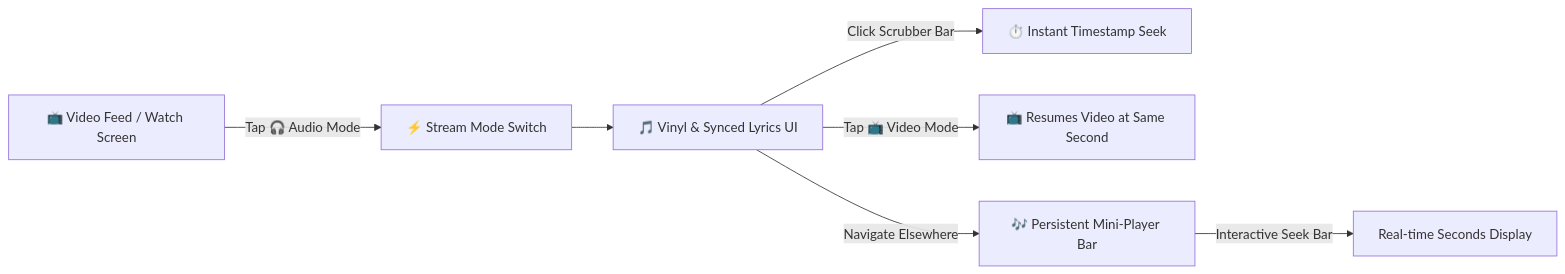
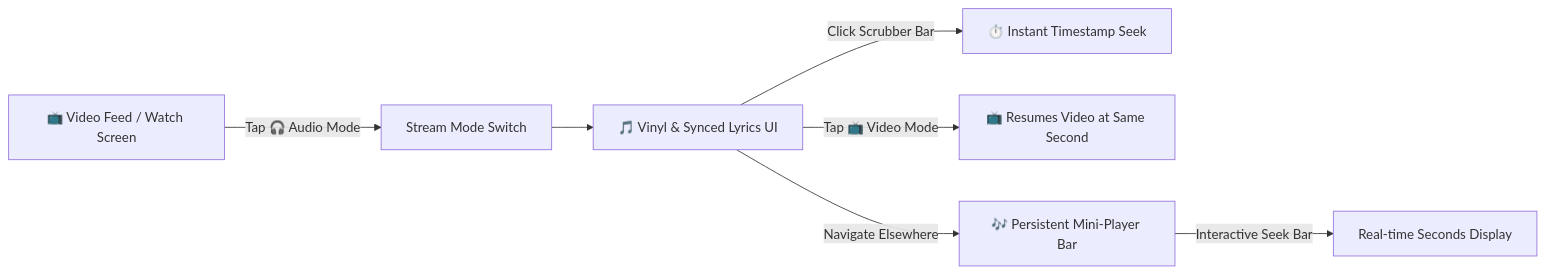
The diagram in README.md (ashokkumarone/Flux), drawn with Mermaid before and after one commit. The commit also changed other lines of this file, not shown here.

Commit message:
docs: remove thunder emoji, keep clean Flux brand title

````diff
--- a/README.md
+++ b/README.md
@@ -51,9 +51,9 @@
 ```mermaid
 flowchart LR
-    A["📺 Video Feed / Watch Screen"] -->|"Tap 🎧 Audio Mode"| B["⚡ Stream Mode Switch"]
+    A["📺 Video Feed / Watch Screen"] -->|"Tap 🎧 Audio Mode"| B["Stream Mode Switch"]
     B --> C["🎵 Vinyl & Synced Lyrics UI"]
     C -->|"Click Scrubber Bar"| D["⏱️ Instant Timestamp Seek"]
     C -->|"Tap 📺 Video Mode"| E["📺 Resumes Video at Same Second"]
     C -->|"Navigate Elsewhere"| F["🎶 Persistent Mini-Player Bar"]
     F -->|"Interactive Seek Bar"| G["Real-time Seconds Display"]
 ```
````
